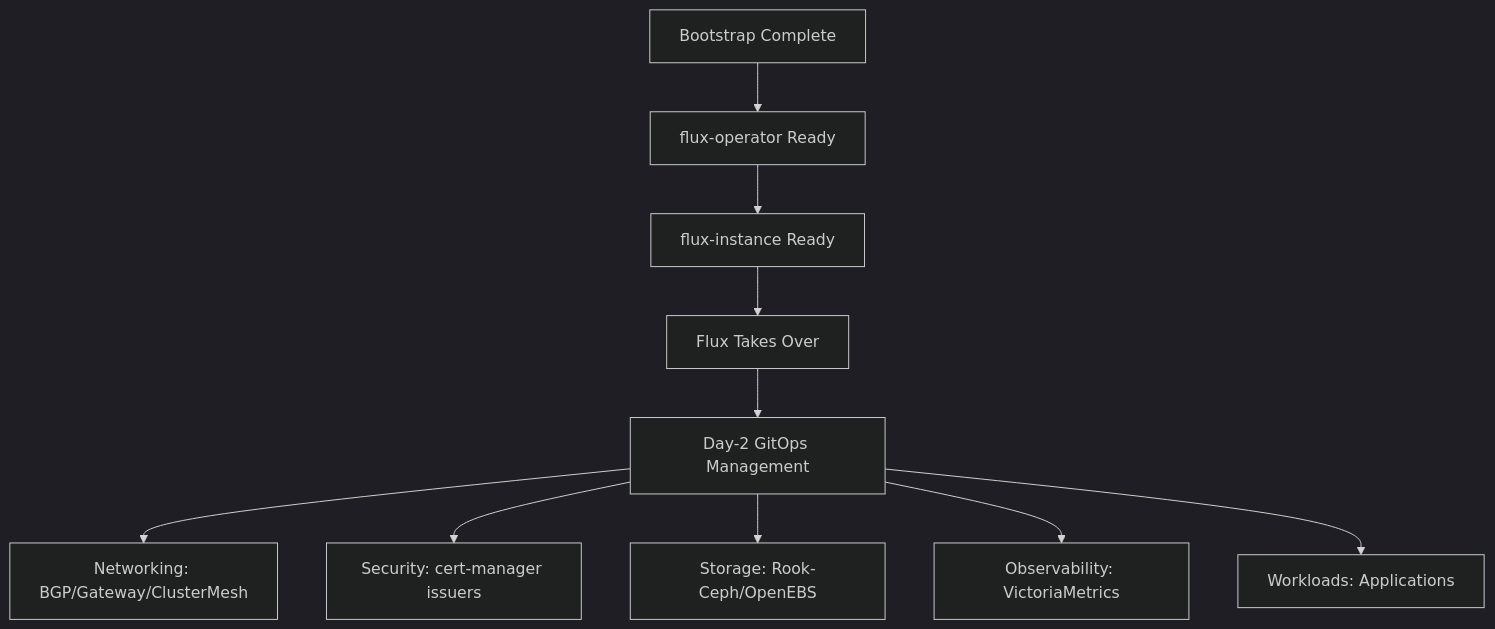
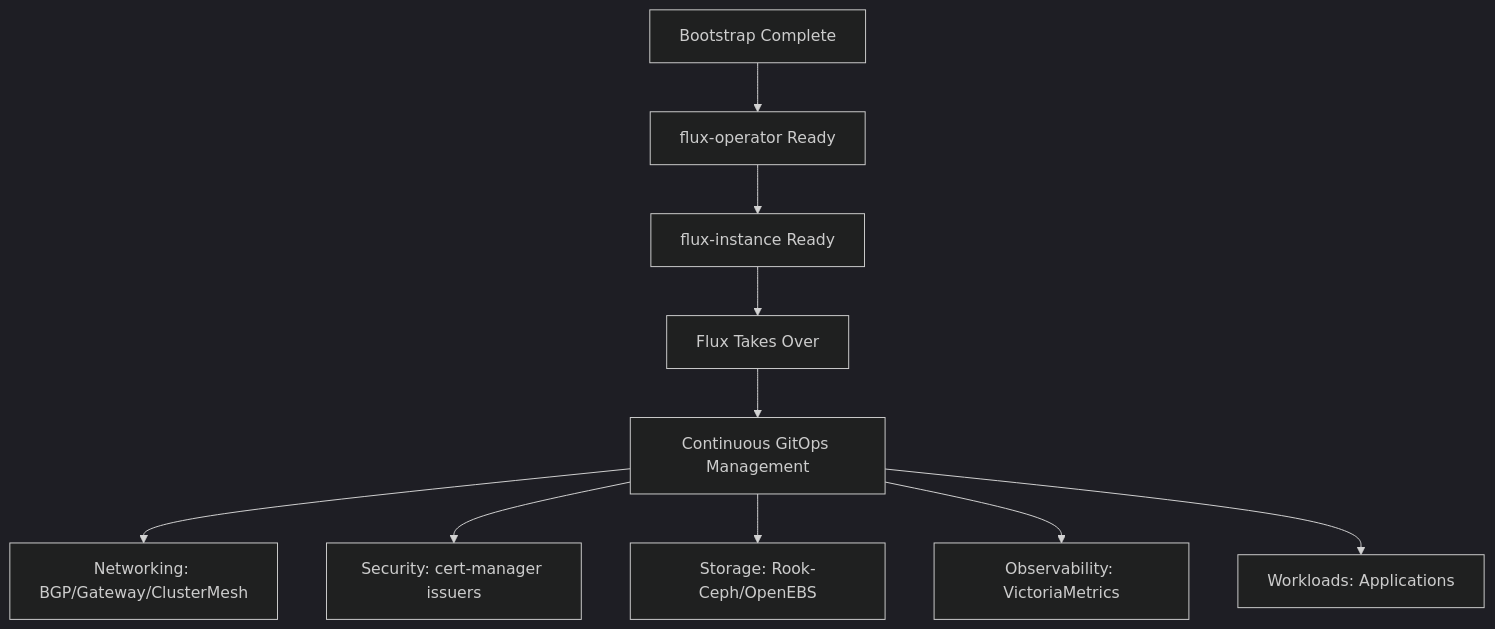
The fourth of 11 diagrams in docs/architecture.md (monosense-io/k8s-gitops), drawn with Mermaid (dark theme) before and after one commit. The commit also changed other lines of this file and 435 other files, not shown here.

````diff
--- a/docs/architecture.md
+++ b/docs/architecture.md
@@ -430,13 +977,13 @@
 ```mermaid
 graph TD
     A[Bootstrap Complete] --> B[flux-operator Ready]
     B --> C[flux-instance Ready]
     C --> D[Flux Takes Over]
-    D --> E[Day-2 GitOps Management]
+    D --> E[Continuous GitOps Management]
 
     E --> F[Networking: BGP/Gateway/ClusterMesh]
     E --> G[Security: cert-manager issuers]
     E --> H[Storage: Rook-Ceph/OpenEBS]
     E --> I[Observability: VictoriaMetrics]
     E --> J[Workloads: Applications]
 ```
````
